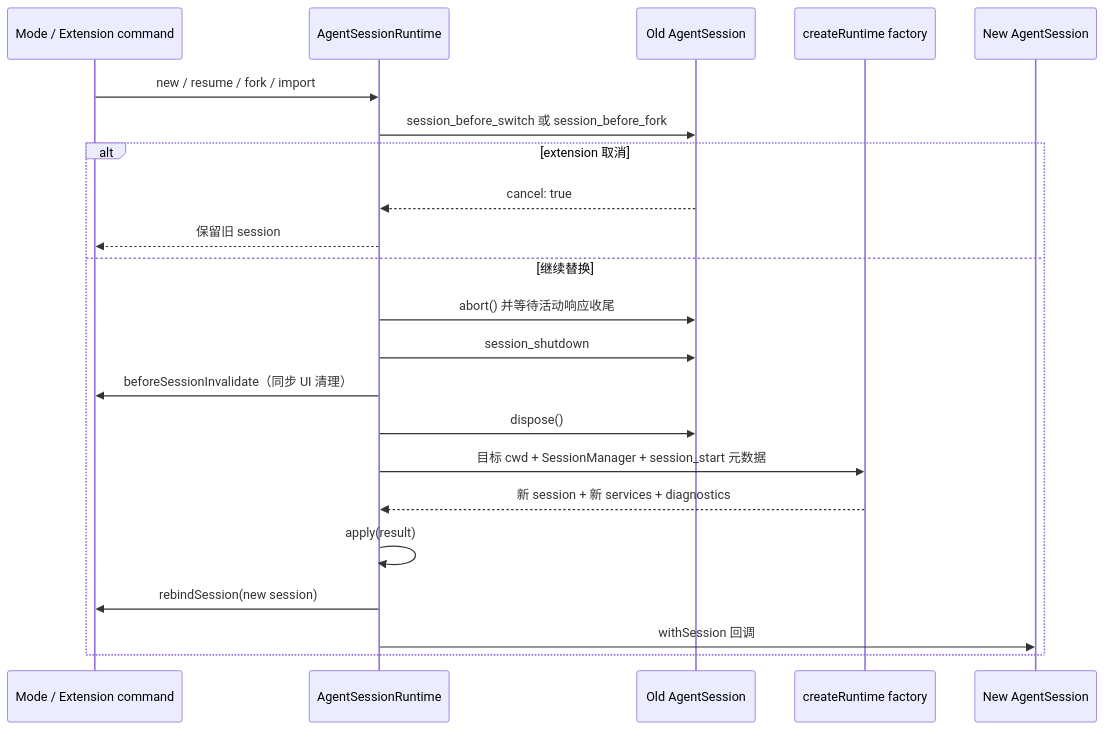
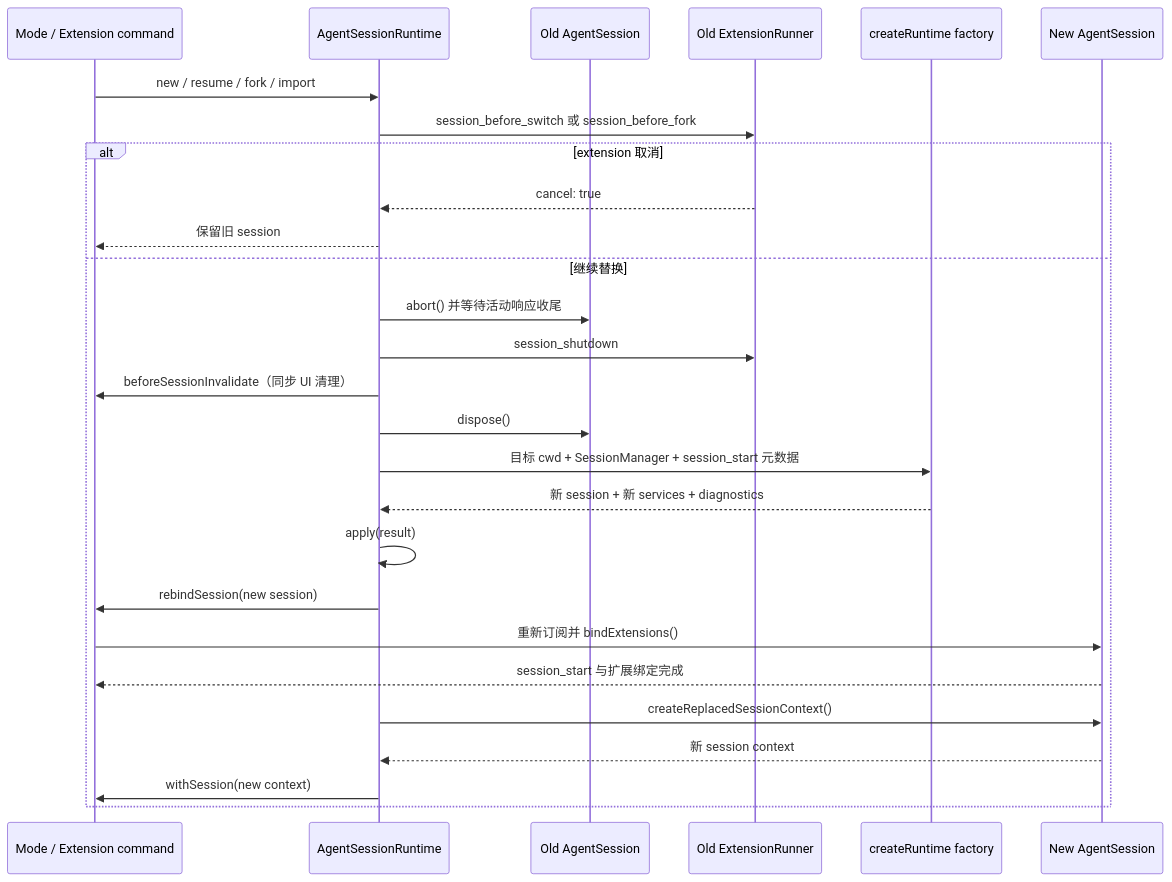
Before and after one commit to tcy1999/pi: the diagram in architecture-analysis/call-flows/session-replacement.md, drawn with Mermaid. The commit also changed other lines of this file and 24 other files, not shown here.

````diff
--- a/architecture-analysis/call-flows/session-replacement.md
+++ b/architecture-analysis/call-flows/session-replacement.md
@@ -11,25 +11,30 @@
 ```mermaid
 sequenceDiagram
   participant HOST as Mode / Extension command
   participant RT as AgentSessionRuntime
   participant OLD as Old AgentSession
+  participant OLD_EXT as Old ExtensionRunner
   participant FACTORY as createRuntime factory
   participant NEW as New AgentSession
 
   HOST->>RT: new / resume / fork / import
-  RT->>OLD: session_before_switch 或 session_before_fork
+  RT->>OLD_EXT: session_before_switch 或 session_before_fork
   alt extension 取消
-    OLD-->>RT: cancel: true
+    OLD_EXT-->>RT: cancel: true
     RT-->>HOST: 保留旧 session
   else 继续替换
     RT->>OLD: abort() 并等待活动响应收尾
-    RT->>OLD: session_shutdown
+    RT->>OLD_EXT: session_shutdown
     RT->>HOST: beforeSessionInvalidate（同步 UI 清理）
     RT->>OLD: dispose()
     RT->>FACTORY: 目标 cwd + SessionManager + session_start 元数据
     FACTORY-->>RT: 新 session + 新 services + diagnostics
     RT->>RT: apply(result)
     RT->>HOST: rebindSession(new session)
-    RT->>NEW: withSession 回调
+    HOST->>NEW: 重新订阅并 bindExtensions()
+    NEW-->>HOST: session_start 与扩展绑定完成
+    RT->>NEW: createReplacedSessionContext()
+    NEW-->>RT: 新 session context
+    RT->>HOST: withSession(new context)
   end
 ```
````
